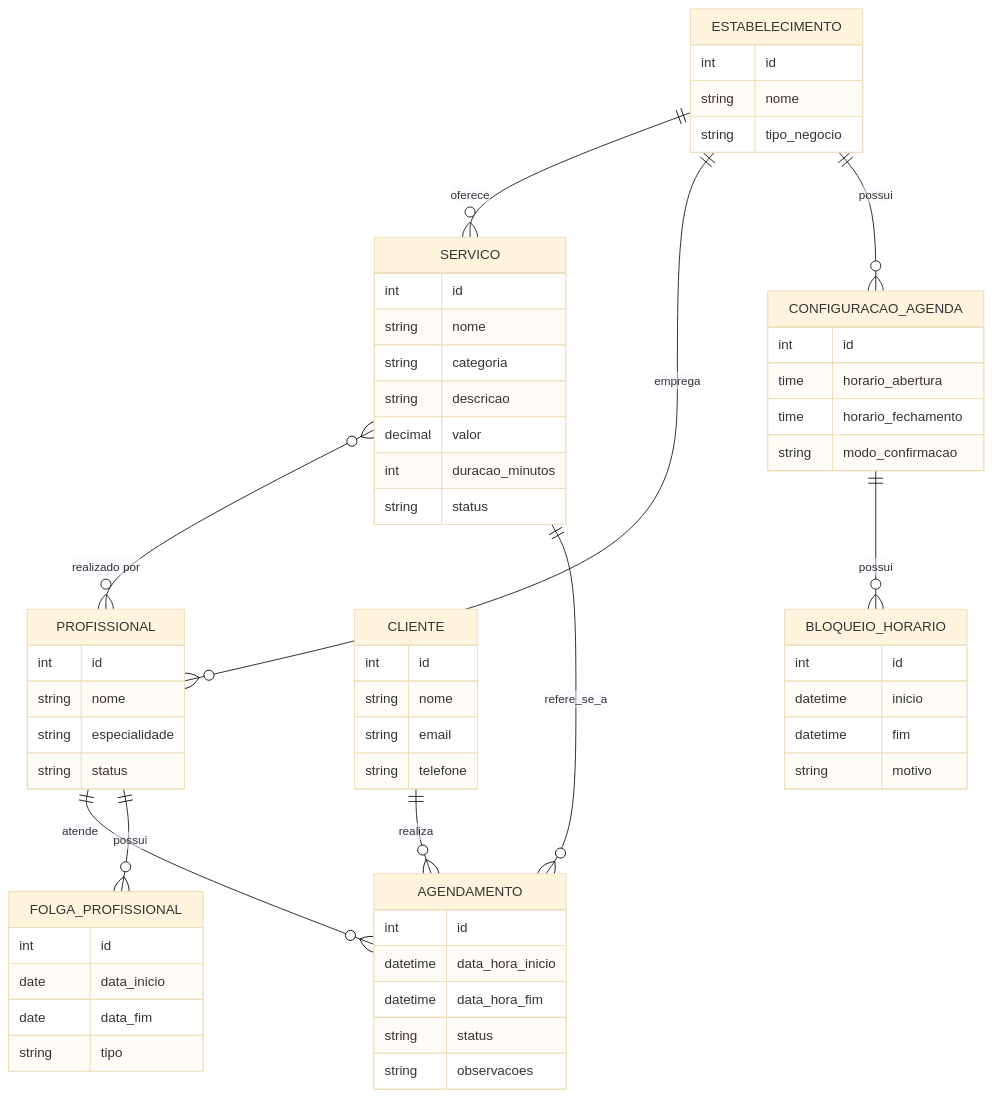
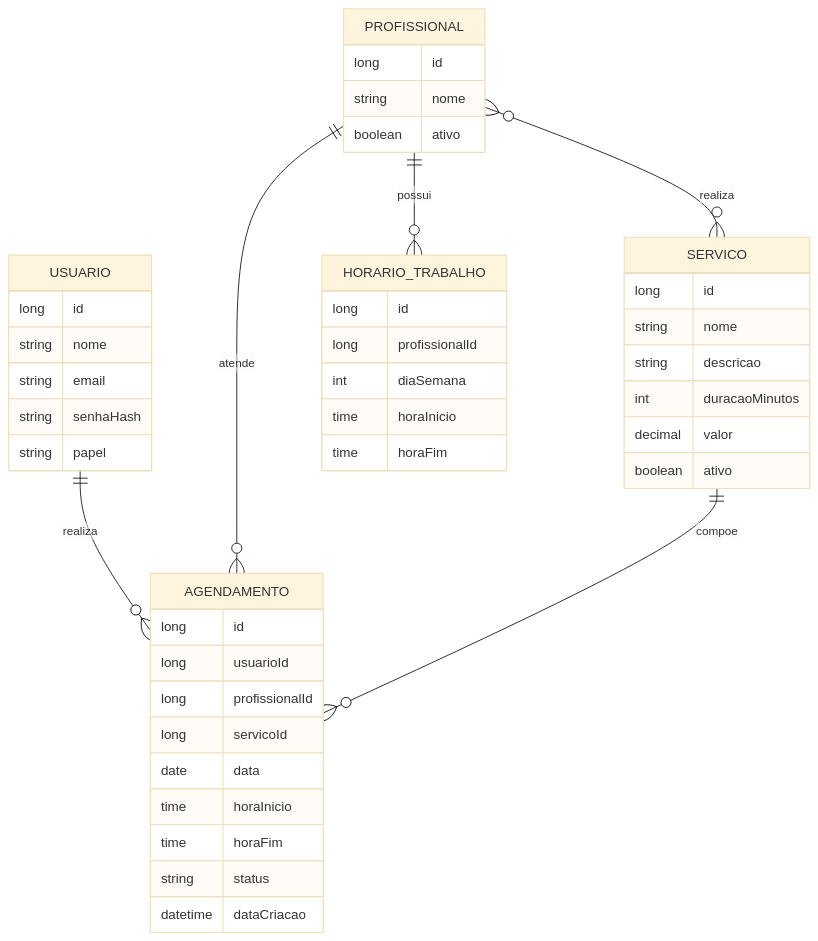
One commit to dg-2025/Java-Agenda-Flow changed the second of 2 diagrams in README.md. Above: the diagram before and after it, drawn with Mermaid (base theme). The commit also changed other lines of this file, not shown here.

````diff
--- a/README.md
+++ b/README.md
@@ -371,64 +500,47 @@
 ```mermaid
 erDiagram
-    ESTABELECIMENTO ||--o{ SERVICO : oferece
-    ESTABELECIMENTO ||--o{ PROFISSIONAL : emprega
-    ESTABELECIMENTO ||--o{ CONFIGURACAO_AGENDA : possui
-    SERVICO }o--o{ PROFISSIONAL : "realizado por"
+    USUARIO ||--o{ AGENDAMENTO : realiza
     PROFISSIONAL ||--o{ AGENDAMENTO : atende
-    PROFISSIONAL ||--o{ FOLGA_PROFISSIONAL : possui
-    CLIENTE ||--o{ AGENDAMENTO : realiza
-    SERVICO ||--o{ AGENDAMENTO : refere_se_a
-    CONFIGURACAO_AGENDA ||--o{ BLOQUEIO_HORARIO : possui
+    SERVICO ||--o{ AGENDAMENTO : compoe
+    PROFISSIONAL ||--o{ HORARIO_TRABALHO : possui
+    PROFISSIONAL }o--o{ SERVICO : realiza
 
-    ESTABELECIMENTO {
-        int id
+    USUARIO {
+        long id
         string nome
-        string tipo_negocio
+        string email
+        string senhaHash
+        string papel
     }
     SERVICO {
-        int id
+        long id
         string nome
-        string categoria
         string descricao
+        int duracaoMinutos
         decimal valor
-        int duracao_minutos
-        string status
+        boolean ativo
     }
     PROFISSIONAL {
-        int id
+        long id
         string nome
-        string especialidade
-        string status
+        boolean ativo
     }
-    FOLGA_PROFISSIONAL {
-        int id
-        date data_inicio
-        date data_fim
-        string tipo
-    }
-    CLIENTE {
-        int id
-        string nome
-        string email
-        string telefone
-    }
-    CONFIGURACAO_AGENDA {
-        int id
-        time horario_abertura
-        time horario_fechamento
-        string modo_confirmacao
-    }
-    BLOQUEIO_HORARIO {
-        int id
-        datetime inicio
-        datetime fim
-        string motivo
+    HORARIO_TRABALHO {
+        long id
+        long profissionalId
+        int diaSemana
+        time horaInicio
+        time horaFim
     }
     AGENDAMENTO {
-        int id
-        datetime data_hora_inicio
-        datetime data_hora_fim
+        long id
+        long usuarioId
+        long profissionalId
+        long servicoId
+        date data
+        time horaInicio
+        time horaFim
         string status
-        string observacoes
+        datetime dataCriacao
     }
 ```
````
